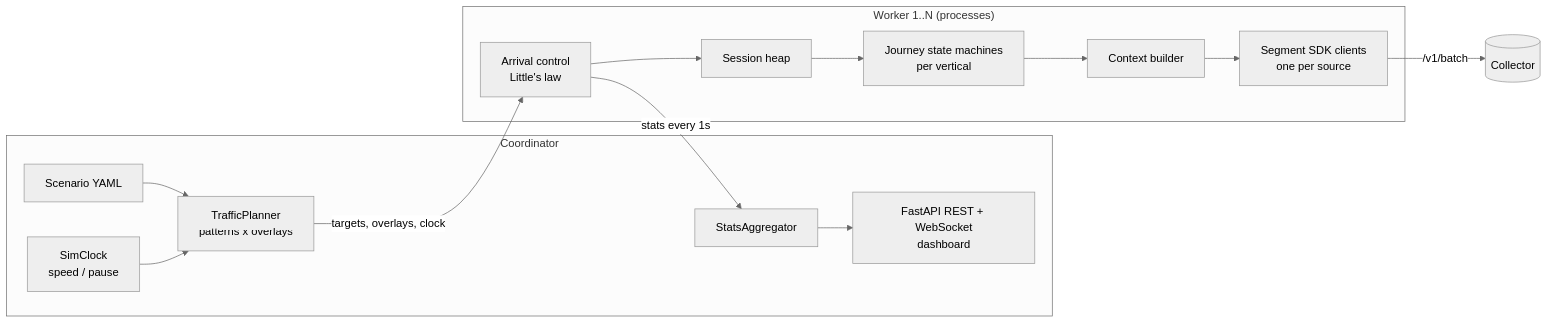
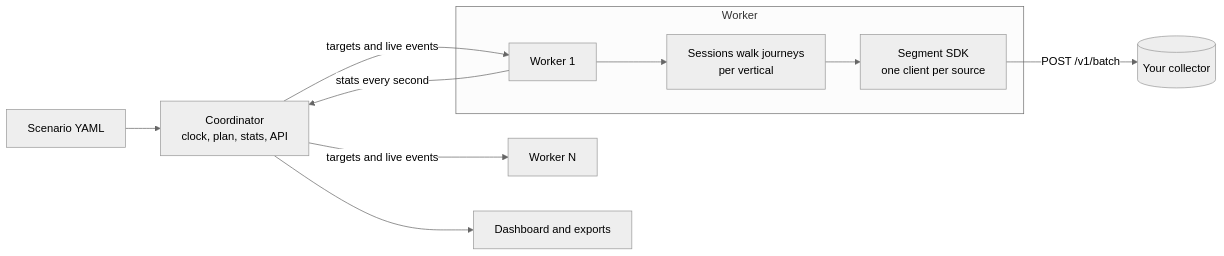
The diagram in README.md (jaydeep-punjani/traffic-simulator), drawn with Mermaid (neutral theme) before and after one commit. The commit also changed other lines of this file and 42 other files, not shown here.

First line of the commit message:
Prepare open-source release: Docker, dashboard redesign, docs and CI

````diff
--- a/README.md
+++ b/README.md
@@ -59,16 +210,12 @@
 ```mermaid
 flowchart LR
-  subgraph Coordinator
-    S[Scenario YAML] --> P[TrafficPlanner<br/>patterns x overlays]
-    C[SimClock<br/>speed / pause] --> P
-    A[StatsAggregator] --> API[FastAPI REST + WebSocket<br/>dashboard]
+  S[Scenario YAML] --> C[Coordinator<br/>clock, plan, stats, API]
+  C -- targets and live events --> W1[Worker 1]
+  C -- targets and live events --> WN[Worker N]
+  subgraph Worker
+    W1 --> J[Sessions walk journeys<br/>per vertical] --> SDK[Segment SDK<br/>one client per source]
   end
-  subgraph "Worker 1..N (processes)"
-    W[Arrival control<br/>Little's law] --> H[Session heap]
-    H --> J[Journey state machines<br/>per vertical]
-    J --> X[Context builder] --> SDK[Segment SDK clients<br/>one per source]
-  end
-  P -- targets, overlays, clock --> W
-  SDK -- /v1/batch --> COL[(Collector)]
-  W -- stats every 1s --> A
+  SDK -- POST /v1/batch --> COL[(Your collector)]
+  W1 -- stats every second --> C
+  C --> D[Dashboard and exports]
 ```
````
